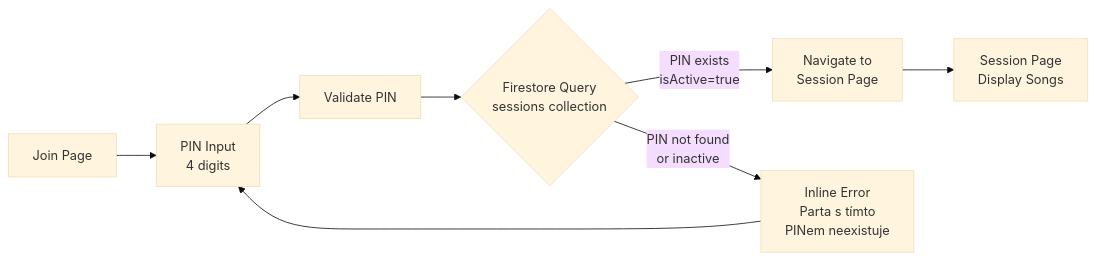
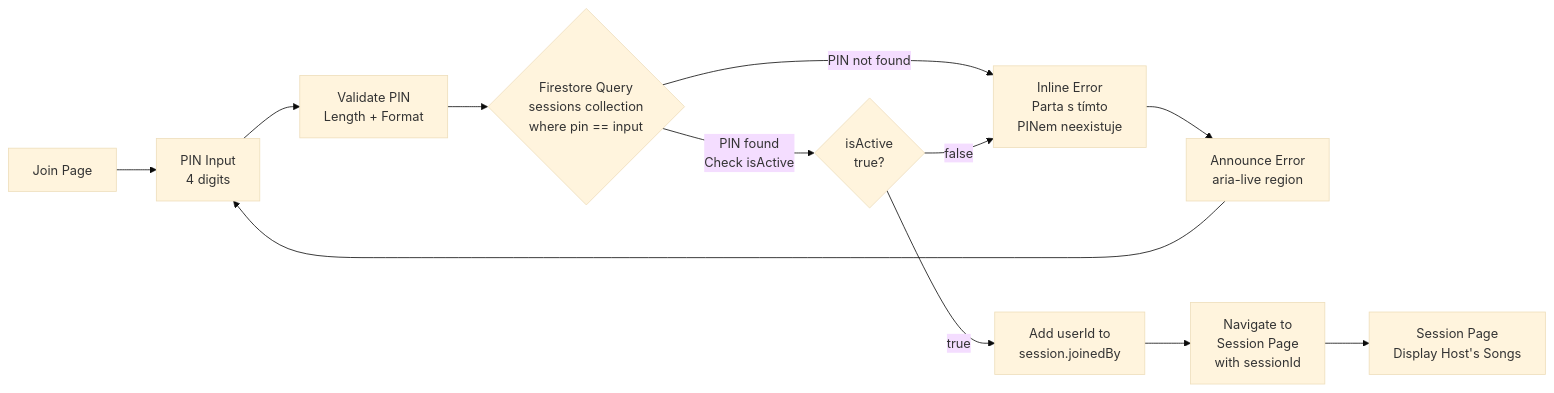
One commit to fMuchka/my-pisnicka2.0 changed the second of 6 diagrams in docs/data-flow.md. Above: the diagram before and after it, drawn with Mermaid (base theme). The commit also changed other lines of this file and 4 other files, not shown here.

````diff
--- a/docs/data-flow.md
+++ b/docs/data-flow.md
@@ -5,10 +29,14 @@
 ```mermaid
 flowchart LR
   JP[Join Page] --> PI[PIN Input<br/>4 digits]
-  PI --> V[Validate PIN]
-  V --> FSQ{Firestore Query<br/>sessions collection}
-  FSQ -- PIN exists<br/>isActive=true --> NAV[Navigate to<br/>Session Page]
-  FSQ -- PIN not found<br/>or inactive --> ERR[Inline Error<br/>Parta s tímto<br/>PINem neexistuje]
-  ERR --> PI
-  NAV --> SP[Session Page<br/>Display Songs]
+  PI --> V[Validate PIN<br/>Length + Format]
+  V --> FSQ{Firestore Query<br/>sessions collection<br/>where pin == input}
+  FSQ -- PIN not found --> ERR[Inline Error<br/>Parta s tímto<br/>PINem neexistuje]
+  ERR --> ARIA[Announce Error<br/>aria-live region]
+  ARIA --> PI
+  FSQ -- PIN found<br/>Check isActive --> CHECK{isActive<br/>true?}
+  CHECK -- false --> ERR
+  CHECK -- true --> ADDUSER["Add userId to<br/>session.joinedBy"]
+  ADDUSER --> NAV[Navigate to<br/>Session Page<br/>with sessionId]
+  NAV --> SP[Session Page<br/>Display Host's Songs]
 ```
````
